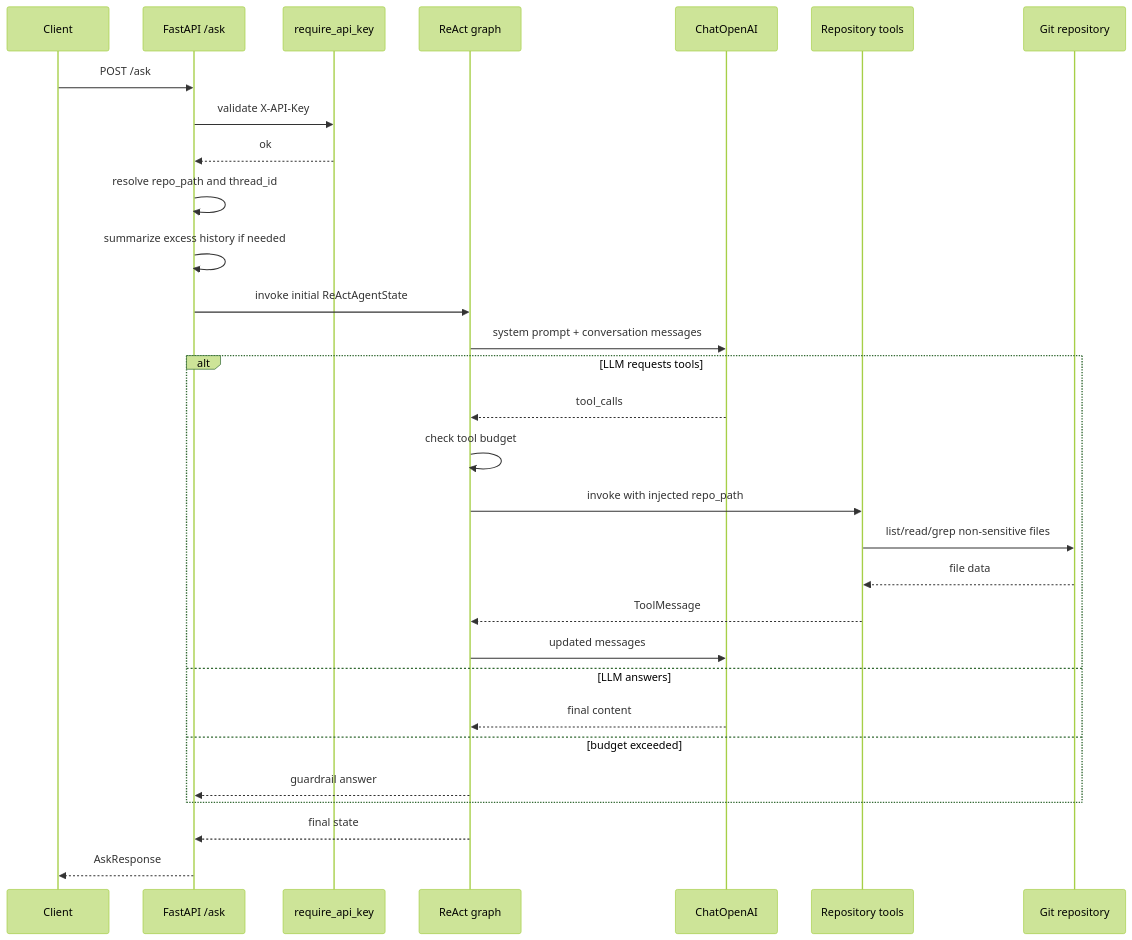
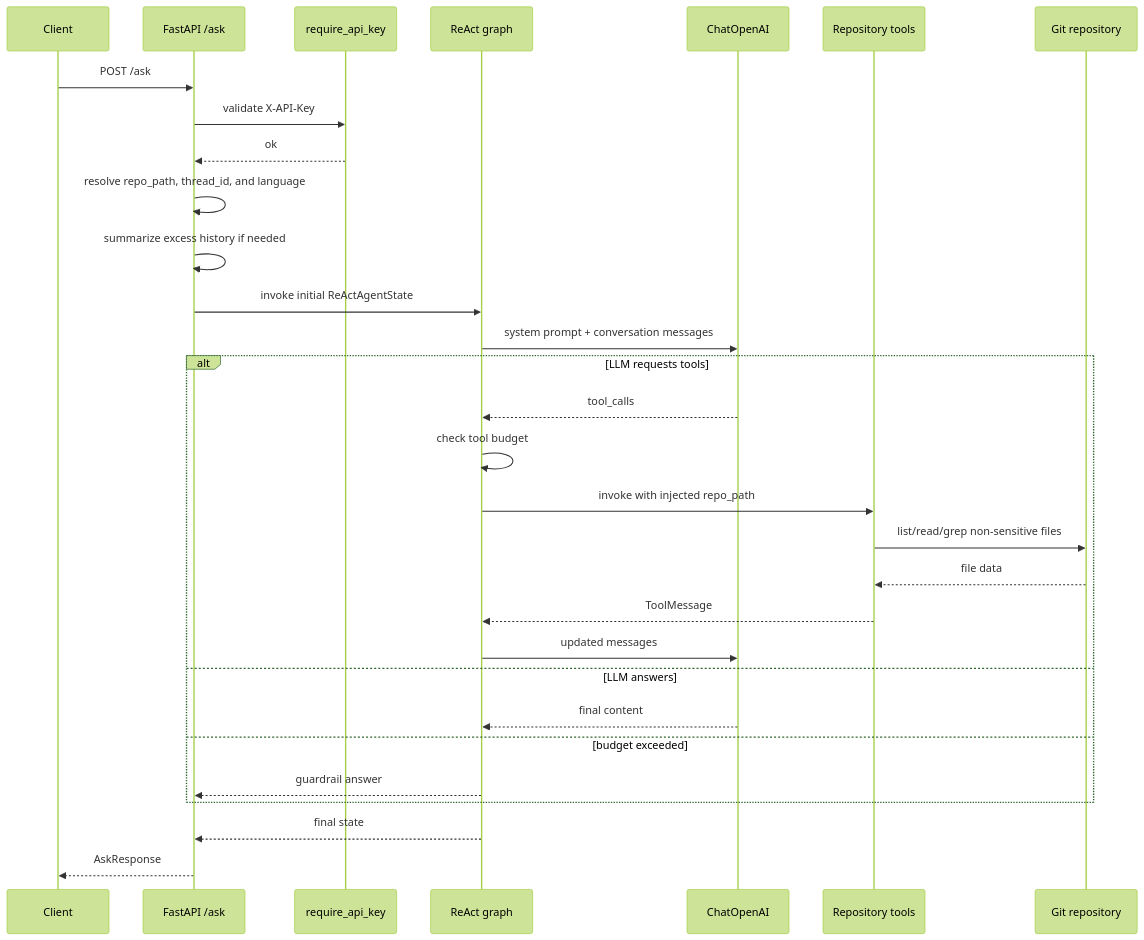
Before and after one commit to Brunotlps/overture: the second of 3 diagrams in docs/architecture.md, drawn with Mermaid (forest theme). The commit also changed other lines of this file and 7 other files, not shown here.

````diff
--- a/docs/architecture.md
+++ b/docs/architecture.md
@@ -62,33 +65,33 @@
 ```mermaid
 sequenceDiagram
     participant C as Client
     participant A as FastAPI /ask
     participant S as require_api_key
     participant G as ReAct graph
     participant L as ChatOpenAI
     participant T as Repository tools
     participant R as Git repository
 
     C->>A: POST /ask
     A->>S: validate X-API-Key
     S-->>A: ok
-    A->>A: resolve repo_path and thread_id
+    A->>A: resolve repo_path, thread_id, and language
     A->>A: summarize excess history if needed
     A->>G: invoke initial ReActAgentState
     G->>L: system prompt + conversation messages
     alt LLM requests tools
         L-->>G: tool_calls
         G->>G: check tool budget
         G->>T: invoke with injected repo_path
         T->>R: list/read/grep non-sensitive files
         R-->>T: file data
         T-->>G: ToolMessage
         G->>L: updated messages
     else LLM answers
         L-->>G: final content
     else budget exceeded
         G-->>A: guardrail answer
     end
     G-->>A: final state
     A-->>C: AskResponse
 ```
````
